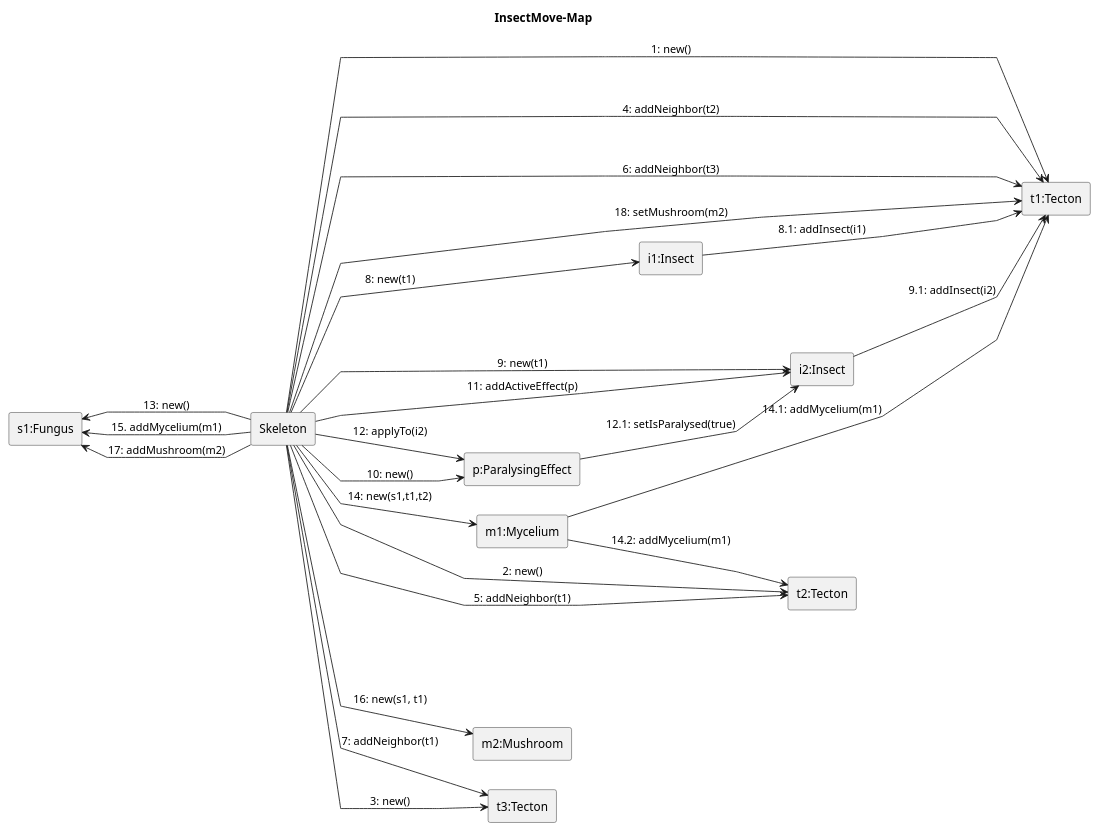
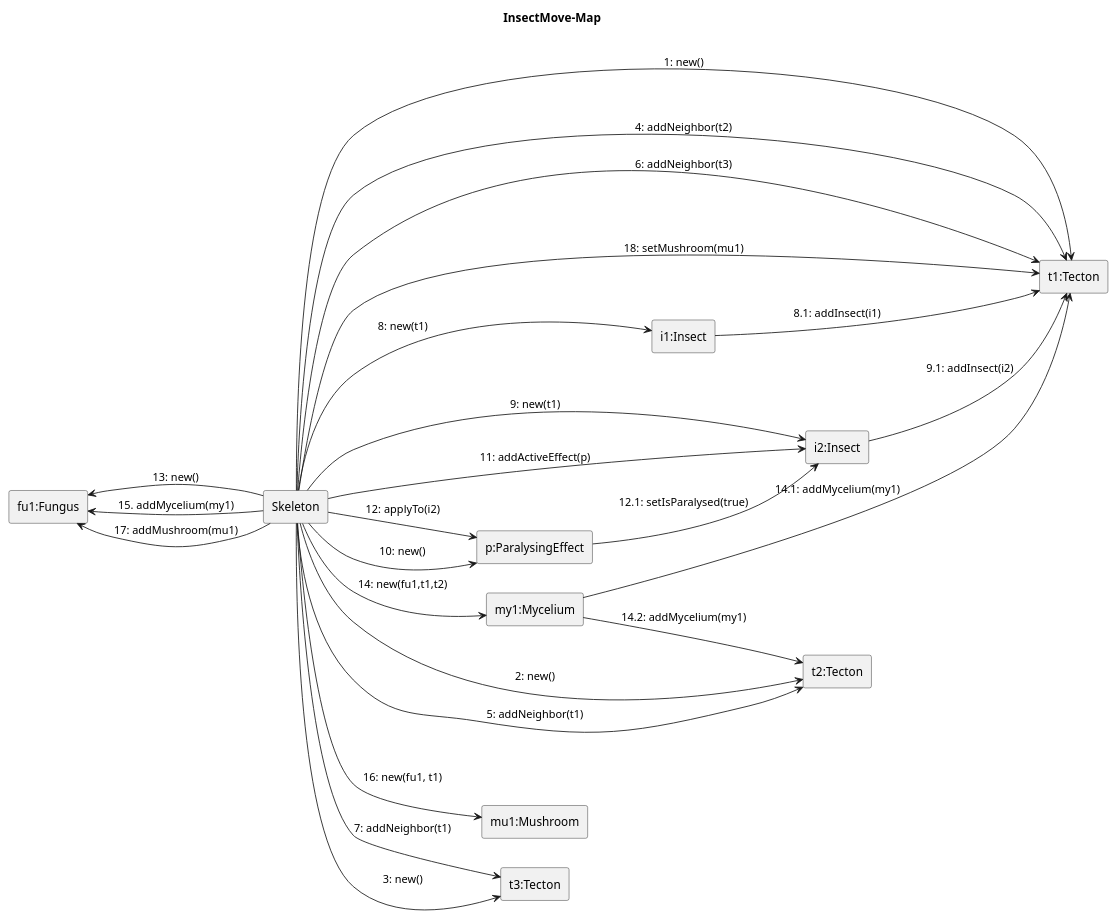
Before and after one commit to ZD4ve/projlab-error521: the diagram in Skeleton/Insect-move/map.pu, drawn with PlantUML. The commit also changed 6 other files, not shown here.

```diff
--- a/Skeleton/Insect-move/map.pu
+++ b/Skeleton/Insect-move/map.pu
@@ -1,45 +1,45 @@
 @startuml Insect-move/map 
 left to right direction
 title InsectMove-Map
-skinparam linetype polyline
+'skinparam linetype polyline
 rectangle Skeleton as S
 
-rectangle "s1:Fungus" as s1
-rectangle "m1:Mycelium" as m1
-rectangle "m2:Mushroom" as m2
+rectangle "fu1:Fungus" as fu1
+rectangle "my1:Mycelium" as my1
+rectangle "mu1:Mushroom" as mu1
 rectangle "t1:Tecton" as t1
 rectangle "t2:Tecton" as t2
 rectangle "t3:Tecton" as t3
 rectangle "i1:Insect" as i1
 rectangle "i2:Insect" as i2
 rectangle "p:ParalysingEffect" as p
 
 S --> t1: 1: new()
 S --> t2: 2: new()
 S --> t3: 3: new()
 S --> t1: 4: addNeighbor(t2)
 S --> t2: 5: addNeighbor(t1)
 S --> t1: 6: addNeighbor(t3)
 S --> t3: 7: addNeighbor(t1)
 
 S --> i1: 8: new(t1)
 i1 --> t1 : 8.1: addInsect(i1)
 S --> i2: 9: new(t1)
 i2 --> t1 : 9.1: addInsect(i2)
 S --> p: 10: new()
 S --> i2: 11: addActiveEffect(p)
 S --> p : 12: applyTo(i2)
 p --> i2 : 12.1: setIsParalysed(true)
 
-S -left-> s1: 13: new()
-S --> m1: 14: new(s1,t1,t2)
-m1 --> t1 : 14.1: addMycelium(m1)
-m1 --> t2 : 14.2: addMycelium(m1)
-S --> s1: 15. addMycelium(m1)
+S -left-> fu1: 13: new()
+S --> my1: 14: new(fu1,t1,t2)
+my1 --> t1 : 14.1: addMycelium(my1)
+my1 --> t2 : 14.2: addMycelium(my1)
+S --> fu1: 15. addMycelium(my1)
 
-S --> m2: 16: new(s1, t1)
-S --> s1: 17: addMushroom(m2)
-S --> t1: 18: setMushroom(m2)
+S --> mu1: 16: new(fu1, t1)
+S --> fu1: 17: addMushroom(mu1)
+S --> t1: 18: setMushroom(mu1)
 
 
 @enduml
```
